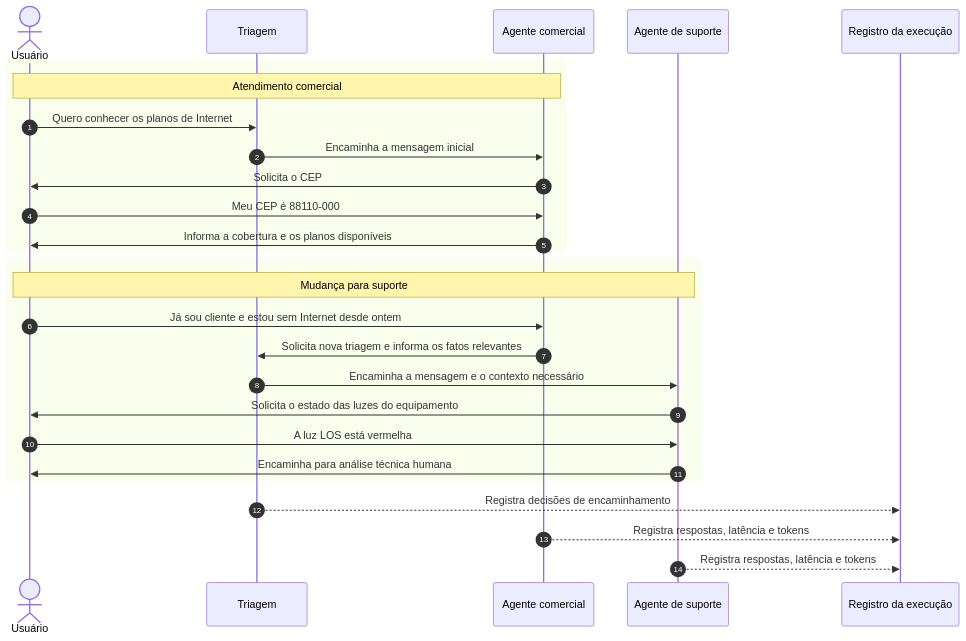
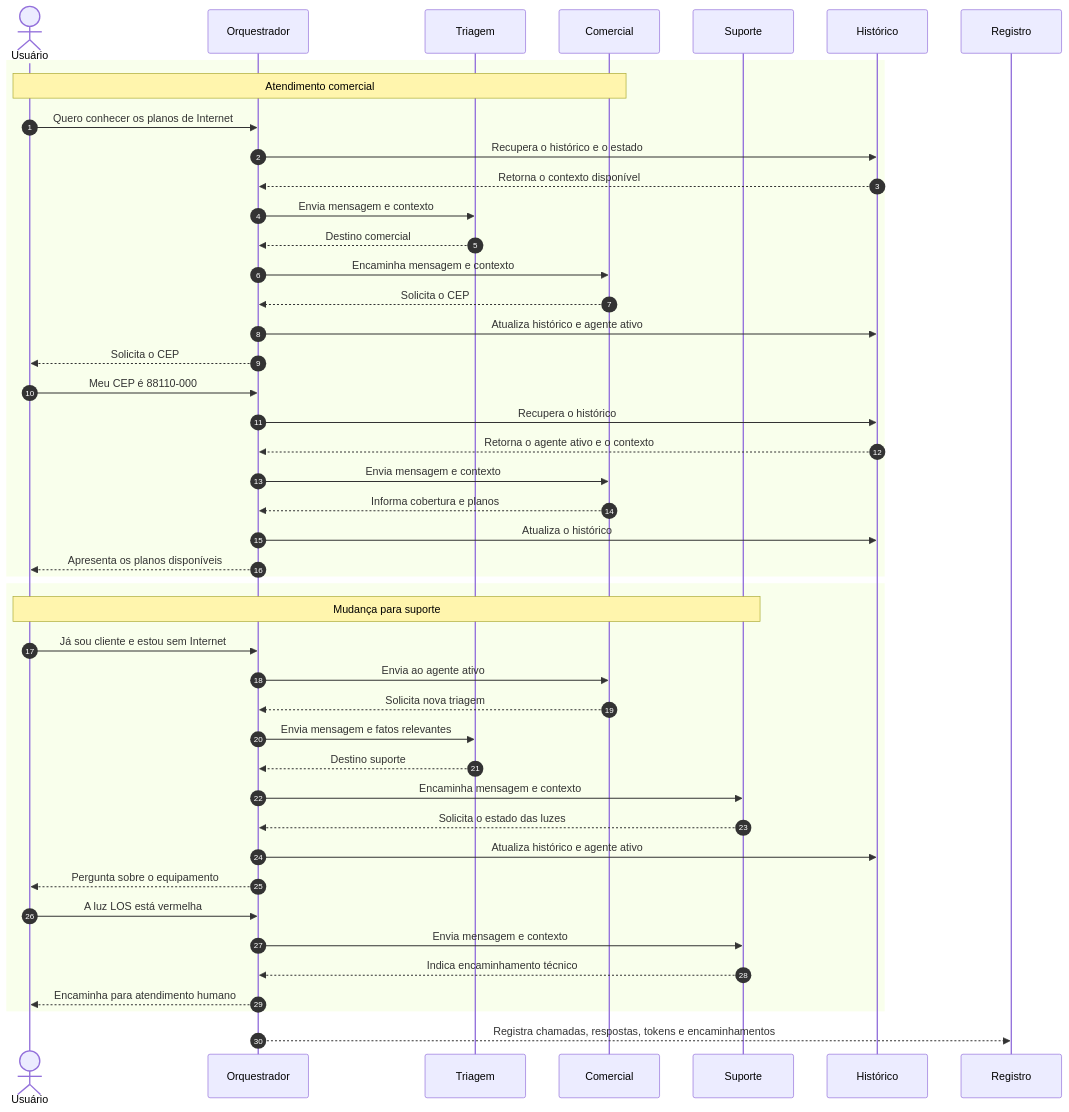
The diagram in tcc-2026.2/prototipos/diagramas/fontes/arquitetura-multiagente.md (wagnerfloresdossantos/engtelecom-ifsc-sj), drawn with Mermaid before and after one commit. The commit also changed other lines of this file and 18 other files, not shown here.

````diff
--- a/tcc-2026.2/prototipos/diagramas/fontes/arquitetura-multiagente.md
+++ b/tcc-2026.2/prototipos/diagramas/fontes/arquitetura-multiagente.md
@@ -1,33 +1,53 @@
 ```mermaid
 sequenceDiagram
     autonumber
 
     actor U as Usuário
+    participant O as Orquestrador
     participant T as Triagem
-    participant C as Agente comercial
-    participant S as Agente de suporte
-    participant R as Registro da execução
+    participant C as Comercial
+    participant S as Suporte
+    participant H as Histórico
+    participant R as Registro
 
     rect
         Note over U,C: Atendimento comercial
-        U->>T: Quero conhecer os planos de Internet
-        T->>C: Encaminha a mensagem inicial
-        C->>U: Solicita o CEP
-        U->>C: Meu CEP é 88110-000
-        C->>U: Informa a cobertura e os planos disponíveis
+        U->>O: Quero conhecer os planos de Internet
+        O->>H: Recupera o histórico e o estado
+        H-->>O: Retorna o contexto disponível
+        O->>T: Envia mensagem e contexto
+        T-->>O: Destino comercial
+        O->>C: Encaminha mensagem e contexto
+        C-->>O: Solicita o CEP
+        O->>H: Atualiza histórico e agente ativo
+        O-->>U: Solicita o CEP
+
+        U->>O: Meu CEP é 88110-000
+        O->>H: Recupera o histórico
+        H-->>O: Retorna o agente ativo e o contexto
+        O->>C: Envia mensagem e contexto
+        C-->>O: Informa cobertura e planos
+        O->>H: Atualiza o histórico
+        O-->>U: Apresenta os planos disponíveis
     end
 
     rect
         Note over U,S: Mudança para suporte
-        U->>C: Já sou cliente e estou sem Internet desde ontem
-        C->>T: Solicita nova triagem e informa os fatos relevantes
-        T->>S: Encaminha a mensagem e o contexto necessário
-        S->>U: Solicita o estado das luzes do equipamento
-        U->>S: A luz LOS está vermelha
-        S->>U: Encaminha para análise técnica humana
+        U->>O: Já sou cliente e estou sem Internet
+        O->>C: Envia ao agente ativo
+        C-->>O: Solicita nova triagem
+        O->>T: Envia mensagem e fatos relevantes
+        T-->>O: Destino suporte
+        O->>S: Encaminha mensagem e contexto
+        S-->>O: Solicita o estado das luzes
+        O->>H: Atualiza histórico e agente ativo
+        O-->>U: Pergunta sobre o equipamento
+
+        U->>O: A luz LOS está vermelha
+        O->>S: Envia mensagem e contexto
+        S-->>O: Indica encaminhamento técnico
+        O-->>U: Encaminha para atendimento humano
     end
 
-    T-->>R: Registra decisões de encaminhamento
-    C-->>R: Registra respostas, latência e tokens
-    S-->>R: Registra respostas, latência e tokens
-```
+    O-->>R: Registra chamadas, respostas, tokens e encaminhamentos
+```  
````
